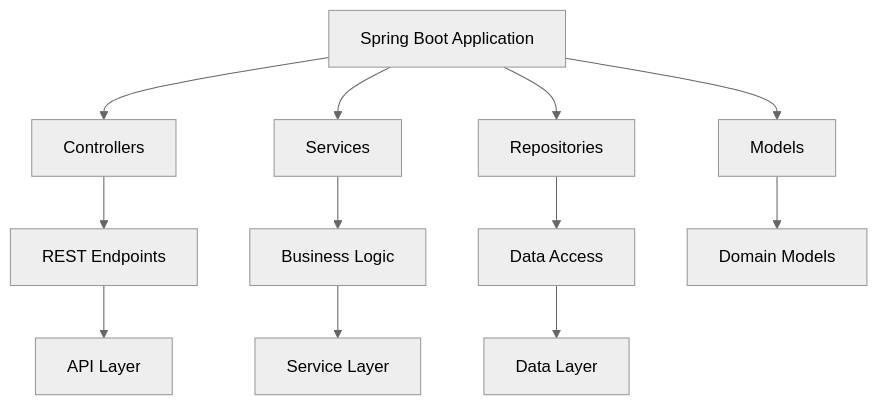
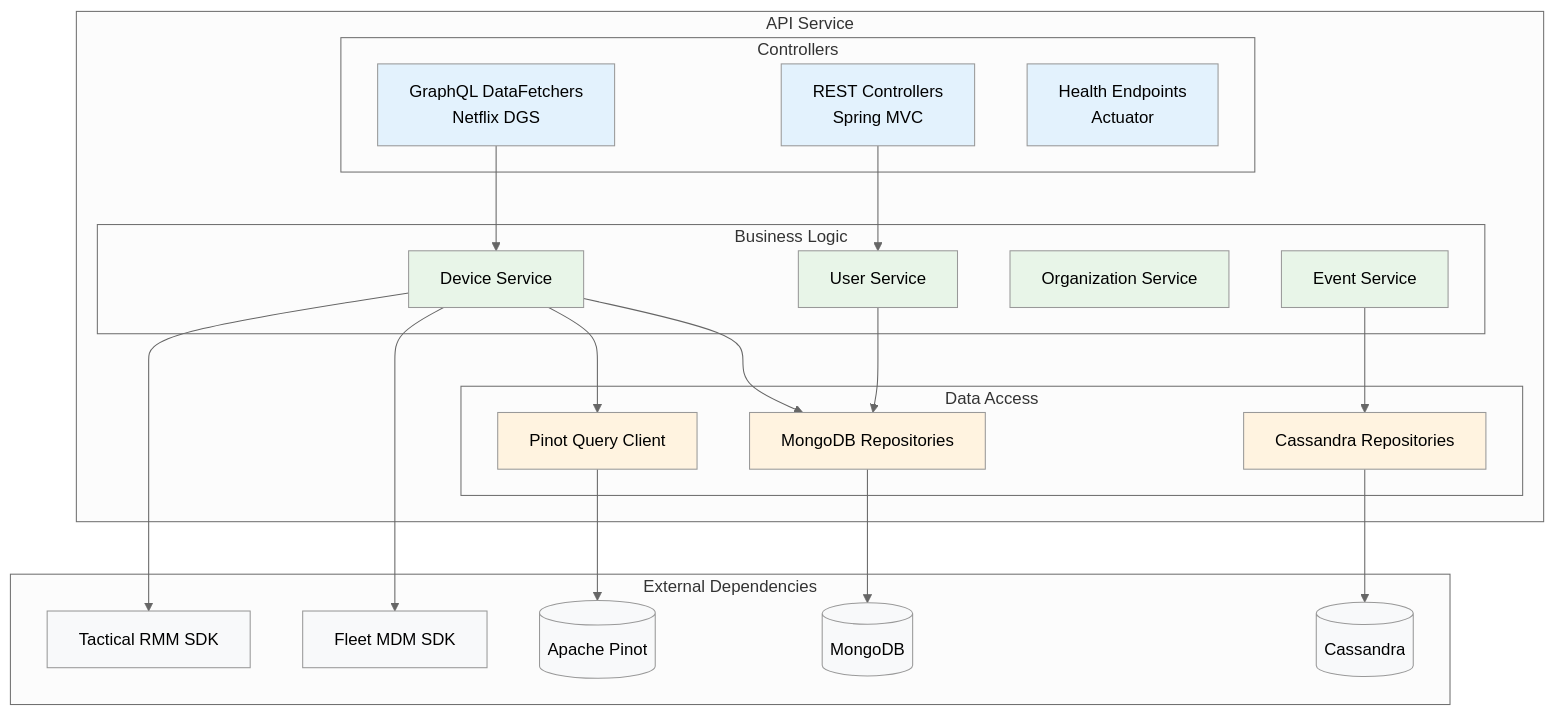
Before and after one commit to flamingo-stack/openframe-oss-tenant: the third of 12 diagrams in docs/development/architecture/overview.md, drawn with Mermaid (neutral theme). The commit also changed other lines of this file and 9 other files, not shown here.

````diff
--- a/docs/development/architecture/overview.md
+++ b/docs/development/architecture/overview.md
@@ -67,16 +175,54 @@
 ```mermaid
-graph TD
-    A[Spring Boot Application] --> B[Controllers]
-    A --> C[Services]
-    A --> D[Repositories]
-    A --> E[Models]
+graph TB
+    subgraph api_service[API Service]
+        subgraph controllers[Controllers]
+            GraphQL[GraphQL DataFetchers<br/>Netflix DGS]
+            REST[REST Controllers<br/>Spring MVC]
+            Health[Health Endpoints<br/>Actuator]
+        end
+        
+        subgraph business[Business Logic]
+            DeviceService[Device Service]
+            UserService[User Service]
+            OrgService[Organization Service]
+            EventService[Event Service]
+        end
+        
+        subgraph data[Data Access]
+            MongoRepo[MongoDB Repositories]
+            PinotClient[Pinot Query Client]
+            CassandraRepo[Cassandra Repositories]
+        end
+    end
     
-    B --> F[REST Endpoints]
-    C --> G[Business Logic]
-    D --> H[Data Access]
-    E --> I[Domain Models]
+    subgraph external[External Dependencies]
+        MongoDB[(MongoDB)]
+        Pinot[(Apache Pinot)]
+        Cassandra[(Cassandra)]
+        FleetSDK[Fleet MDM SDK]
+        TacticalSDK[Tactical RMM SDK]
+    end
     
-    F --> J[API Layer]
-    G --> K[Service Layer]
-    H --> L[Data Layer]
+    GraphQL --> DeviceService
+    REST --> UserService
+    DeviceService --> MongoRepo
+    DeviceService --> PinotClient
+    UserService --> MongoRepo
+    EventService --> CassandraRepo
+    
+    MongoRepo --> MongoDB
+    PinotClient --> Pinot
+    CassandraRepo --> Cassandra
+    DeviceService --> FleetSDK
+    DeviceService --> TacticalSDK
+    
+    classDef controllerStyle fill:#e3f2fd
+    classDef businessStyle fill:#e8f5e8
+    classDef dataStyle fill:#fff3e0
+    classDef externalStyle fill:#f8f9fa
+    
+    class GraphQL,REST,Health controllerStyle
+    class DeviceService,UserService,OrgService,EventService businessStyle
+    class MongoRepo,PinotClient,CassandraRepo dataStyle
+    class MongoDB,Pinot,Cassandra,FleetSDK,TacticalSDK externalStyle
 ```
````
